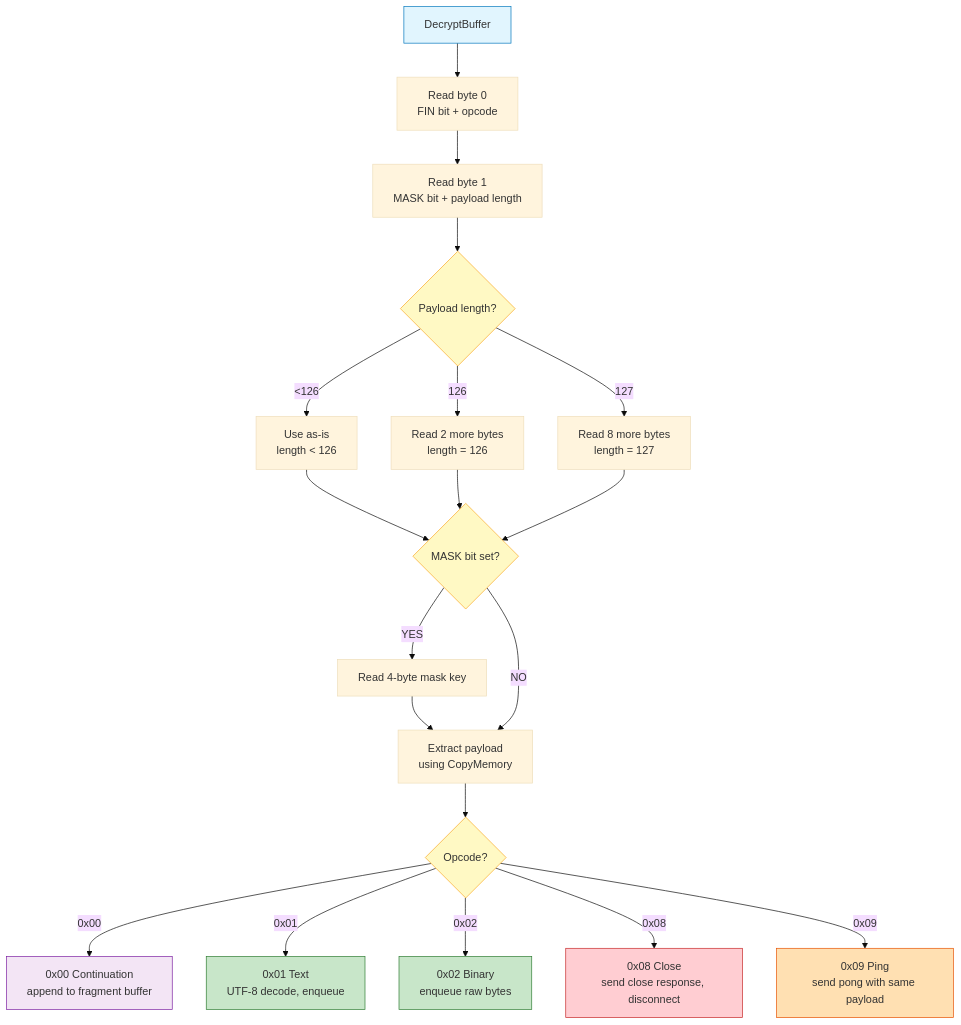
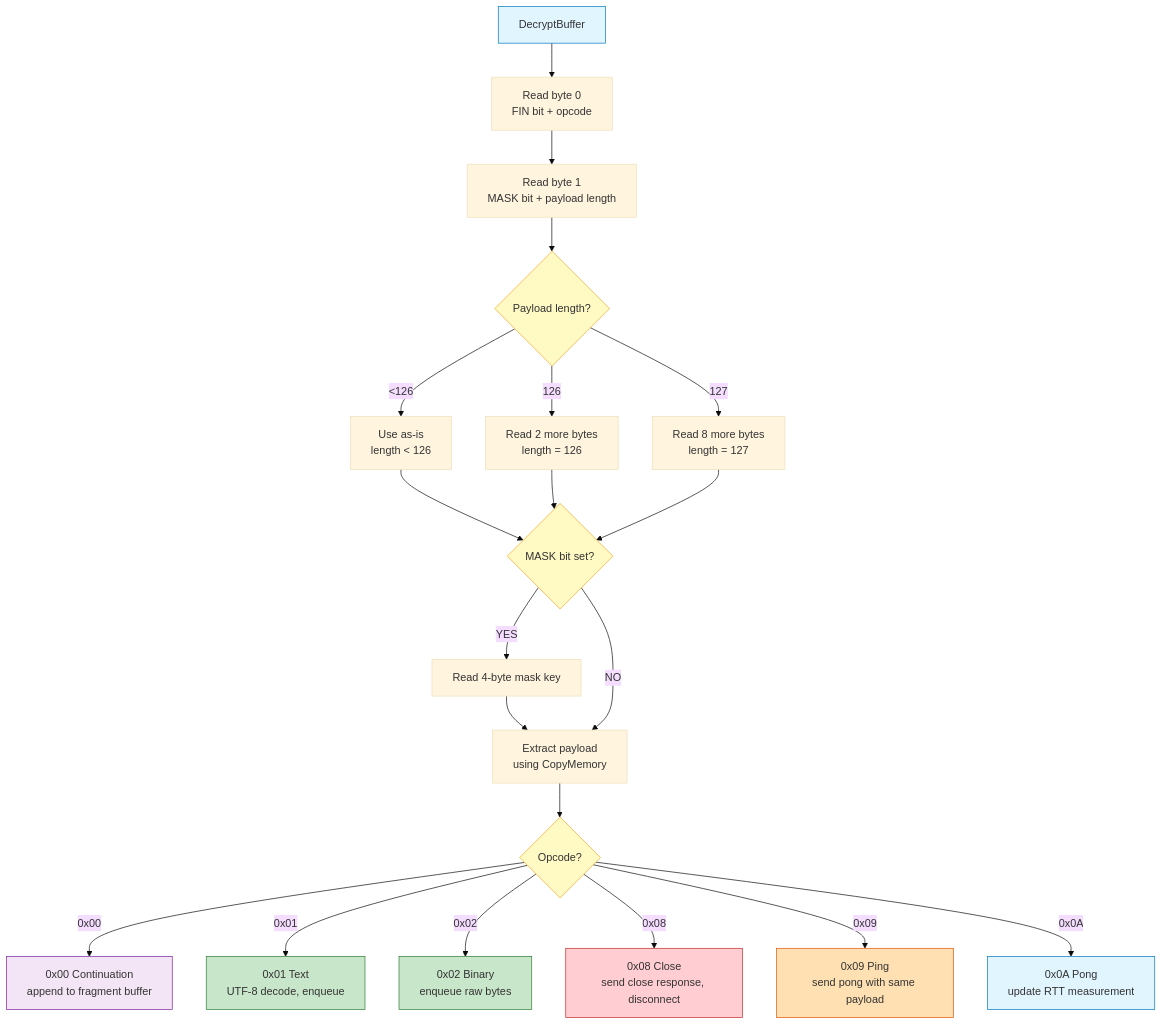
The seventh of 13 diagrams in docs/ARCHITECTURE.md (uesleibros/wasabi), drawn with Mermaid (base theme) before and after one commit. The commit also changed other lines of this file, not shown here.

````diff
--- a/docs/ARCHITECTURE.md
+++ b/docs/ARCHITECTURE.md
@@ -414,42 +441,45 @@
 ```mermaid
 graph TD
     A[DecryptBuffer]
     B["Read byte 0<br/>FIN bit + opcode"]
     C["Read byte 1<br/>MASK bit + payload length"]
     D{"Payload length?"}
     E["Use as-is<br/>length &lt; 126"]
     F["Read 2 more bytes<br/>length = 126"]
     G["Read 8 more bytes<br/>length = 127"]
     H{"MASK bit set?"}
     I["Read 4-byte mask key"]
     J["Extract payload<br/>using CopyMemory"]
     K{"Opcode?"}
     L["0x00 Continuation<br/>append to fragment buffer"]
     M["0x01 Text<br/>UTF-8 decode, enqueue"]
     N["0x02 Binary<br/>enqueue raw bytes"]
     O["0x08 Close<br/>send close response, disconnect"]
     P["0x09 Ping<br/>send pong with same payload"]
+    Q["0x0A Pong<br/>update RTT measurement"]
 
     A --> B --> C --> D
     D -- "&lt;126" --> E --> H
     D -- "126" --> F --> H
     D -- "127" --> G --> H
     H -- YES --> I --> J
     H -- NO --> J
     J --> K
     K -- "0x00" --> L
     K -- "0x01" --> M
     K -- "0x02" --> N
     K -- "0x08" --> O
     K -- "0x09" --> P
+    K -- "0x0A" --> Q
 
     style A fill:#e1f5fe,stroke:#0277bd
     style D fill:#fff9c4,stroke:#f9a825
     style H fill:#fff9c4,stroke:#f9a825
     style K fill:#fff9c4,stroke:#f9a825
     style L fill:#f3e5f5,stroke:#7b1fa2
     style M fill:#c8e6c9,stroke:#2e7d32
     style N fill:#c8e6c9,stroke:#2e7d32
     style O fill:#ffcdd2,stroke:#c62828
     style P fill:#ffe0b2,stroke:#e65100
+    style Q fill:#e1f5fe,stroke:#0277bd
 ```
````
